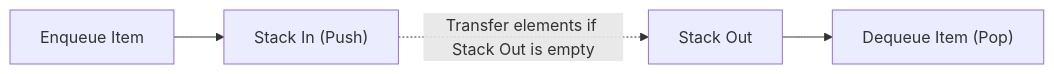
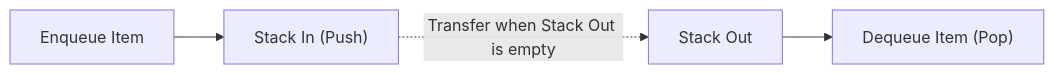
The diagram in README.md (prakruthidevanga/Data-structures-using-python), drawn with Mermaid before and after one commit. The commit also changed other lines of this file, not shown here.

Commit message:
docs: modernize README with dark teal waving banner, dual-stack diagram, and structured TOC

````diff
--- a/README.md
+++ b/README.md
@@ -41,6 +84,6 @@
 ```mermaid
 flowchart LR
     A["Enqueue Item"] --> B["Stack In (Push)"]
-    B -. Transfer elements if Stack Out is empty .-> C["Stack Out"]
+    B -. Transfer when Stack Out is empty .-> C["Stack Out"]
     C --> D["Dequeue Item (Pop)"]
 ```
````
